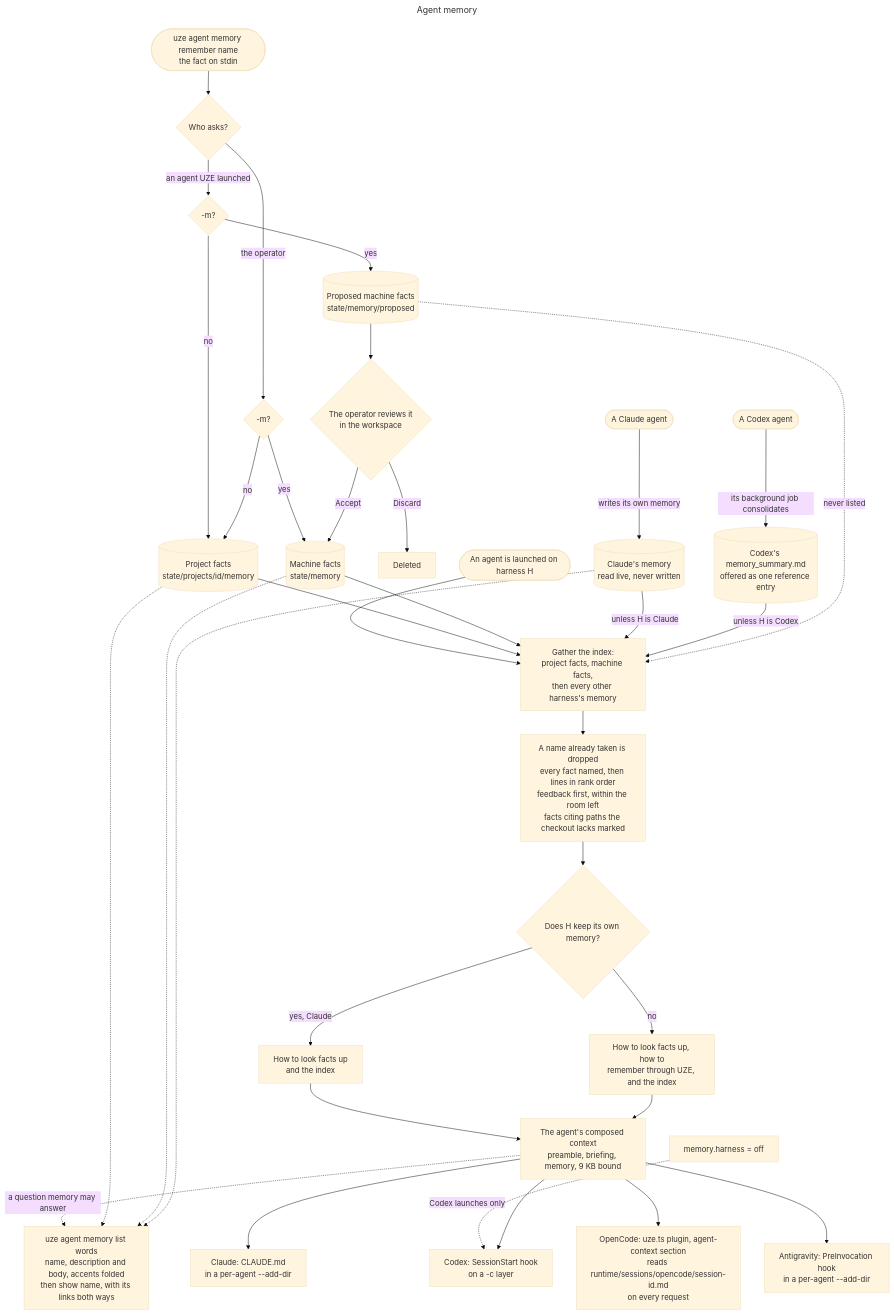
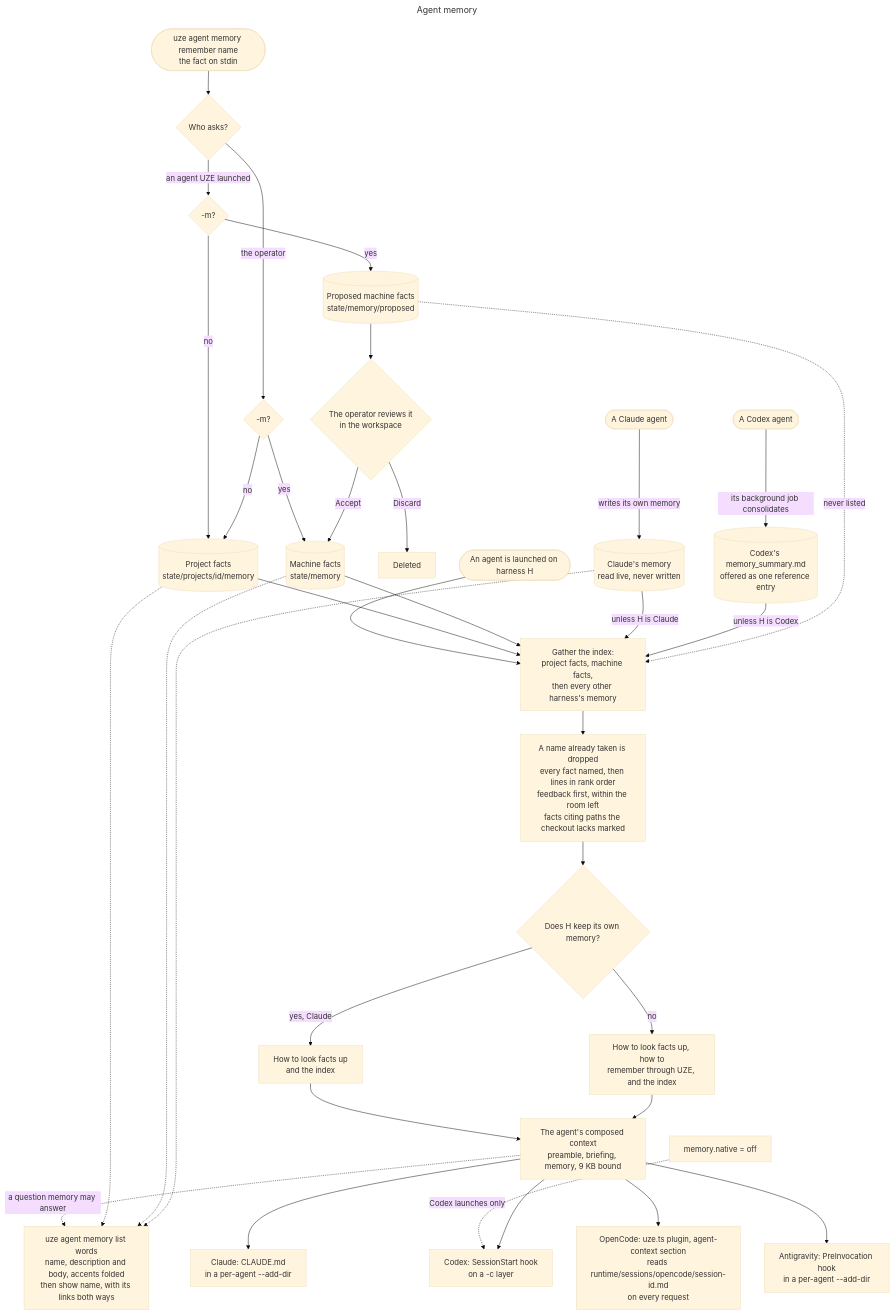
The diagram in docs/architecture/agent-memory.mmd (uze-sh/uze), drawn with Mermaid (base theme) before and after one commit. The commit also changed 202 other files, not shown here.

```diff
--- a/docs/architecture/agent-memory.mmd
+++ b/docs/architecture/agent-memory.mmd
@@ -1,54 +1,54 @@
 ---
 title: Agent memory
 ---
 flowchart TD
   click remember href "crates/uze-application/src/application/memory.rs"
   click projectFacts href "crates/uze-core/src/project/memory.rs"
   click proposals href "crates/uze-core/src/project/memory.rs"
   click review href "src/ui/orchestrator/proposal.rs"
   click claudeMemory href "crates/uze-integrations/src/claude/memory.rs"
   click codexSummary href "crates/uze-integrations/src/codex.rs"
   click gather href "crates/uze-application/src/application/memory.rs"
   click rank href "crates/uze-core/src/project/memory.rs"
   click compose href "crates/uze-workspace/src/agent_context.rs"
   click lookup href "crates/uze-application/src/application/memory/find.rs"
   click memoryOff href "src/shim.rs"
   click viaClaude href "crates/uze-integrations/src/claude.rs"
   click viaCodex href "crates/uze-integrations/src/codex.rs"
   click viaOpencode href "crates/uze-integrations/src/opencode.rs"
   click viaAntigravity href "crates/uze-integrations/src/antigravity.rs"
 
   remember([uze agent memory remember name<br/>the fact on stdin]) --> caller{Who asks?}
   caller -->|an agent UZE launched| agentScope{-m?}
   caller -->|the operator| operatorScope{-m?}
   agentScope -->|no| projectFacts[(Project facts<br/>state/projects/id/memory)]
   agentScope -->|yes| proposals[(Proposed machine facts<br/>state/memory/proposed)]
   operatorScope -->|no| projectFacts
   operatorScope -->|yes| machineFacts[(Machine facts<br/>state/memory)]
   proposals --> review{The operator reviews it<br/>in the workspace}
   review -->|Accept| machineFacts
   review -->|Discard| discarded[Deleted]
   claudeAgent([A Claude agent]) -->|writes its own memory| claudeMemory[(Claude's memory<br/>read live, never written)]
   codexAgent([A Codex agent]) -->|its background job consolidates| codexSummary[(Codex's memory_summary.md<br/>offered as one reference entry)]
 
   launch([An agent is launched on harness H]) --> gather[Gather the index:<br/>project facts, machine facts,<br/>then every other harness's memory]
   projectFacts --> gather
   machineFacts --> gather
   claudeMemory -->|unless H is Claude| gather
   codexSummary -->|unless H is Codex| gather
   proposals -.->|never listed| gather
   gather --> rank[A name already taken is dropped<br/>every fact named, then lines in rank order<br/>feedback first, within the room left<br/>facts citing paths the checkout lacks marked]
   rank --> writesOwn{Does H keep its own memory?}
   writesOwn -->|yes, Claude| indexOnly[How to look facts up<br/>and the index]
   writesOwn -->|no| indexAndHow[How to look facts up, how to<br/>remember through UZE, and the index]
   indexOnly --> compose[The agent's composed context<br/>preamble, briefing, memory, 9 KB bound]
   indexAndHow --> compose
   compose -.->|a question memory may answer| lookup[uze agent memory list words<br/>name, description and body, accents folded<br/>then show name, with its links both ways]
   projectFacts -.-> lookup
   machineFacts -.-> lookup
   claudeMemory -.-> lookup
-  memoryOff[memory.harness = off] -.->|Codex launches only| viaCodex
+  memoryOff[memory.native = off] -.->|Codex launches only| viaCodex
   compose --> viaClaude[Claude: CLAUDE.md<br/>in a per-agent --add-dir]
   compose --> viaCodex[Codex: SessionStart hook<br/>on a -c layer]
   compose --> viaOpencode[OpenCode: uze.ts plugin, agent-context section<br/>reads runtime/sessions/opencode/session-id.md<br/>on every request]
   compose --> viaAntigravity[Antigravity: PreInvocation hook<br/>in a per-agent --add-dir]
```
